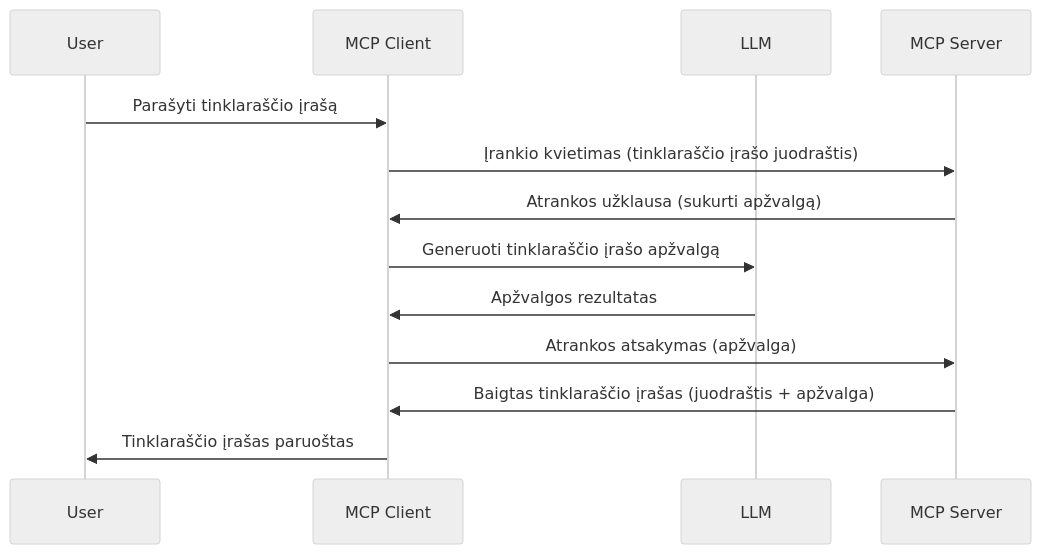
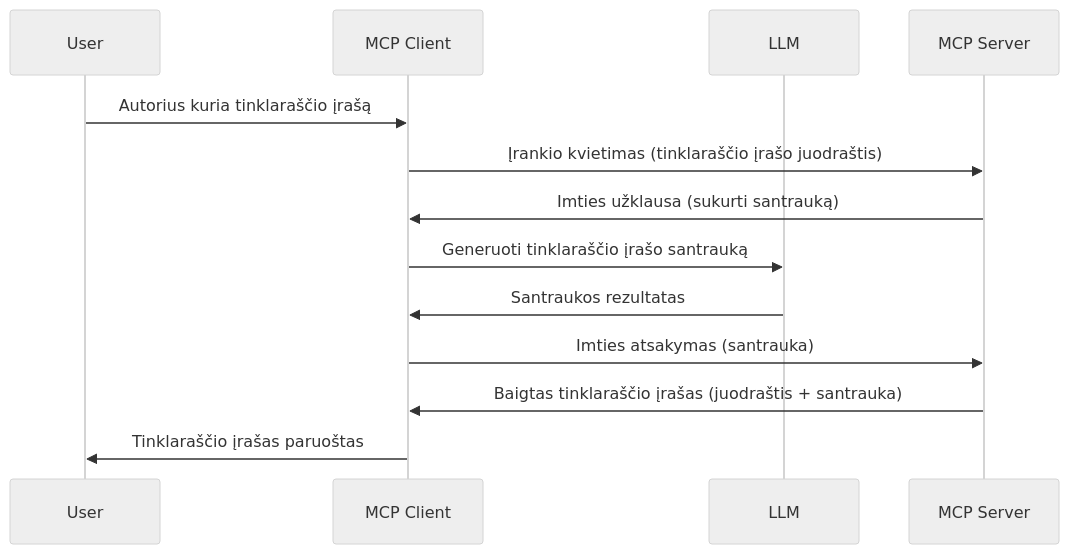
One commit to HIDORAKAI002/ai-workspace-archive changed the diagram in mcp_ecosystem__model_context_protocol/mcp_learning_resources/mcp-for-beginners/translations/lt/03-GettingStarted/14-sampling/README.md. Above: the diagram before and after it, drawn with Mermaid (neutral theme). The commit also changed other lines of this file and 1539 other files, not shown here.

````diff
--- a/mcp_ecosystem__model_context_protocol/mcp_learning_resources/mcp-for-beginners/translations/lt/03-GettingStarted/14-sampling/README.md
+++ b/mcp_ecosystem__model_context_protocol/mcp_learning_resources/mcp-for-beginners/translations/lt/03-GettingStarted/14-sampling/README.md
@@ -23,16 +23,16 @@
 ```mermaid
 sequenceDiagram
     participant User
     participant MCP Client
     participant LLM
     participant MCP Server
 
-    User->>MCP Client: Parašyti tinklaraščio įrašą
+    User->>MCP Client: Autorius kuria tinklaraščio įrašą
     MCP Client->>MCP Server: Įrankio kvietimas (tinklaraščio įrašo juodraštis)
-    MCP Server->>MCP Client: Atrankos užklausa (sukurti apžvalgą)
-    MCP Client->>LLM: Generuoti tinklaraščio įrašo apžvalgą
-    LLM->>MCP Client: Apžvalgos rezultatas
-    MCP Client->>MCP Server: Atrankos atsakymas (apžvalga)
-    MCP Server->>MCP Client: Baigtas tinklaraščio įrašas (juodraštis + apžvalga)
+    MCP Server->>MCP Client: Imties užklausa (sukurti santrauką)
+    MCP Client->>LLM: Generuoti tinklaraščio įrašo santrauką
+    LLM->>MCP Client: Santraukos rezultatas
+    MCP Client->>MCP Server: Imties atsakymas (santrauka)
+    MCP Server->>MCP Client: Baigtas tinklaraščio įrašas (juodraštis + santrauka)
     MCP Client->>User: Tinklaraščio įrašas paruoštas
 ```
````
